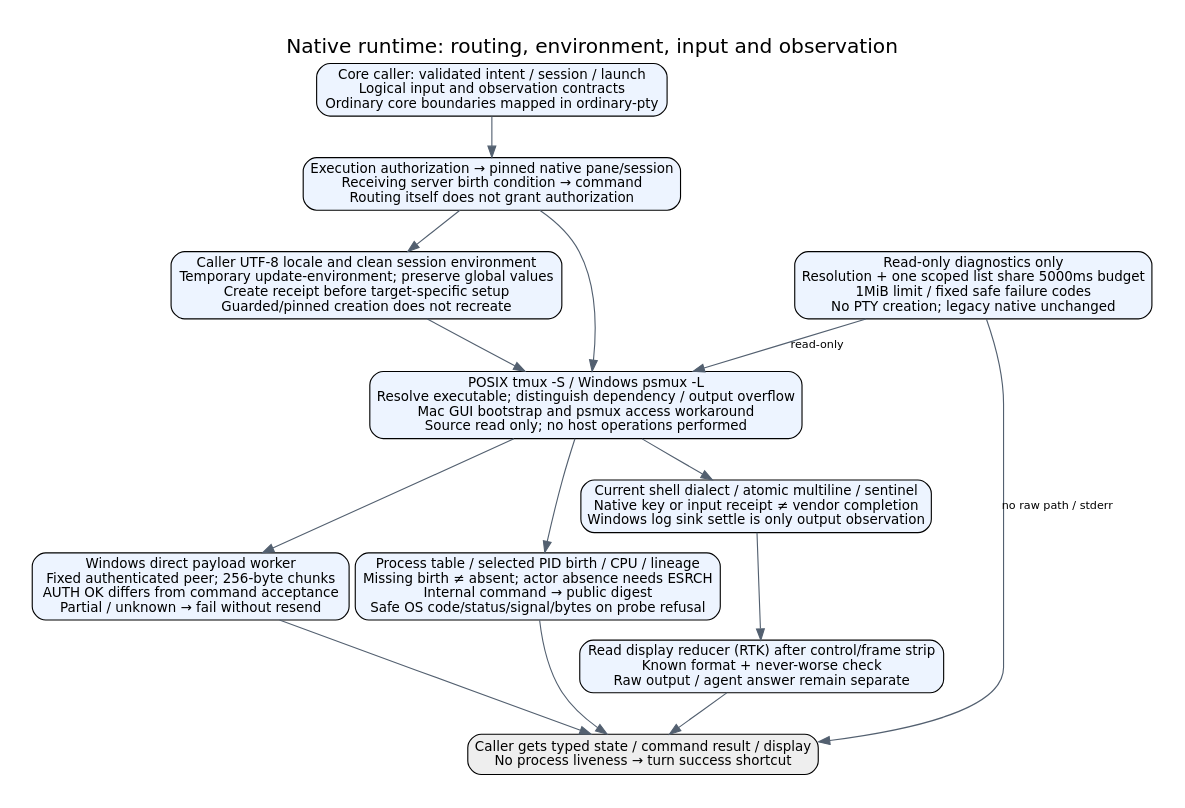
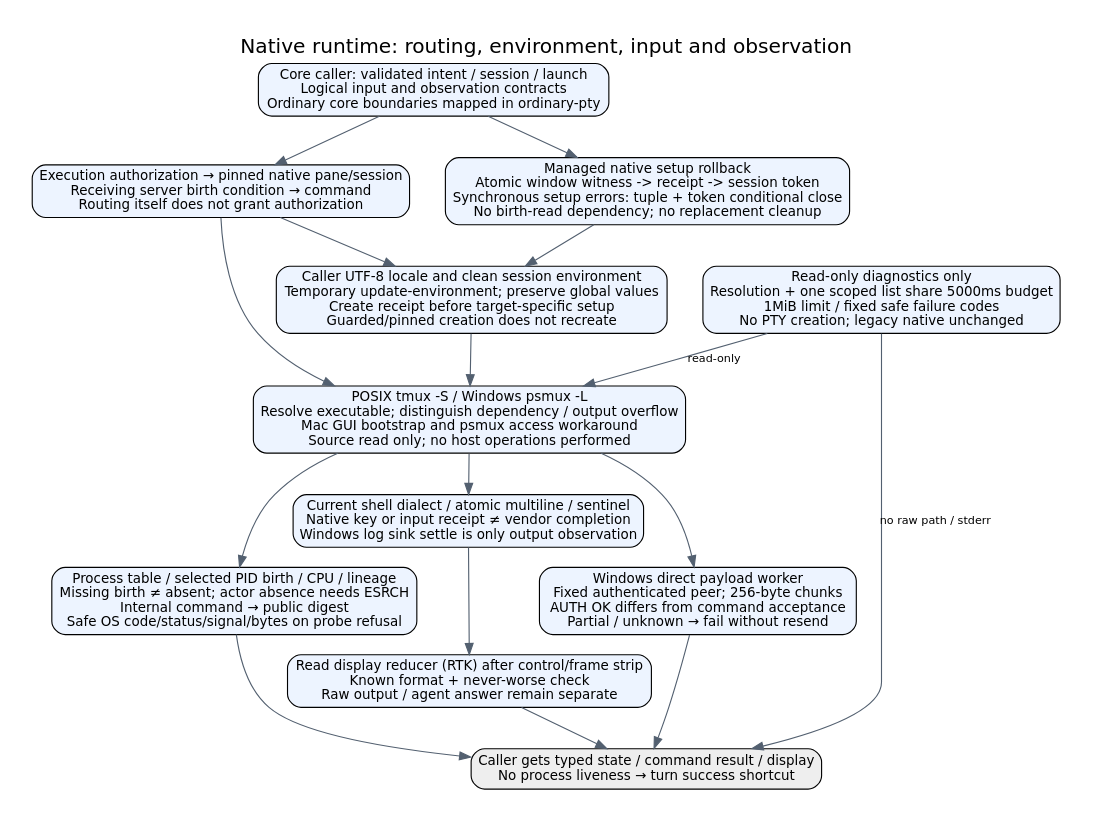
Before and after one commit to kitepon/aiterm-mcp: the diagram in docs/architecture/native-runtime.dot, drawn with Graphviz. The commit also changed 13 other files, not shown here.

First line of the commit message:
Close the session a failed managed launch created

```diff
--- a/docs/architecture/native-runtime.dot
+++ b/docs/architecture/native-runtime.dot
@@ -1,17 +1,19 @@
 digraph native_runtime {
  graph [rankdir=TB,bgcolor="white",pad=0.3,nodesep=0.45,ranksep=0.5,label="Native runtime: routing, environment, input and observation",labelloc=t,fontname="DejaVu Sans",fontsize=18];
  node [shape=box,style="rounded,filled",fillcolor="#edf4ff",fontname="DejaVu Sans",fontsize=12]; edge [fontname="DejaVu Sans",fontsize=10,color="#536070"];
  core [label="Core caller: validated intent / session / launch\nLogical input and observation contracts\nOrdinary core boundaries mapped in ordinary-pty"];
  gate [label="Execution authorization → pinned native pane/session\nReceiving server birth condition → command\nRouting itself does not grant authorization"];
  env [label="Caller UTF-8 locale and clean session environment\nTemporary update-environment; preserve global values\nCreate receipt before target-specific setup\nGuarded/pinned creation does not recreate"];
  backend [label="POSIX tmux -S / Windows psmux -L\nResolve executable; distinguish dependency / output overflow\nMac GUI bootstrap and psmux access workaround\nSource read only; no host operations performed"];
  worker [label="Windows direct payload worker\nFixed authenticated peer; 256-byte chunks\nAUTH OK differs from command acceptance\nPartial / unknown → fail without resend"];
  processes [label="Process table / selected PID birth / CPU / lineage\nMissing birth ≠ absent; actor absence needs ESRCH\nInternal command → public digest\nSafe OS code/status/signal/bytes on probe refusal"];
  shell [label="Current shell dialect / atomic multiline / sentinel\nNative key or input receipt ≠ vendor completion\nWindows log sink settle is only output observation"];
  display [label="Read display reducer (RTK) after control/frame strip\nKnown format + never-worse check\nRaw output / agent answer remain separate"];
  result [label="Caller gets typed state / command result / display\nNo process liveness → turn success shortcut",fillcolor="#eeeeee"];
  diagnostic [label="Read-only diagnostics only\nResolution + one scoped list share 5000ms budget\n1MiB limit / fixed safe failure codes\nNo PTY creation; legacy native unchanged"];
  diagnostic -> backend [label="read-only"];diagnostic -> result [label="no raw path / stderr"];
+ setup [label="Managed native setup rollback\nAtomic window witness -> receipt -> session token\nSynchronous setup errors: tuple + token conditional close\nNo birth-read dependency; no replacement cleanup"];
+ core -> setup;setup -> env;
  core -> gate;gate -> env;env -> backend;gate -> backend;backend -> worker;backend -> processes;backend -> shell;
  processes -> result;worker -> result;shell -> display;display -> result;
 }
```
